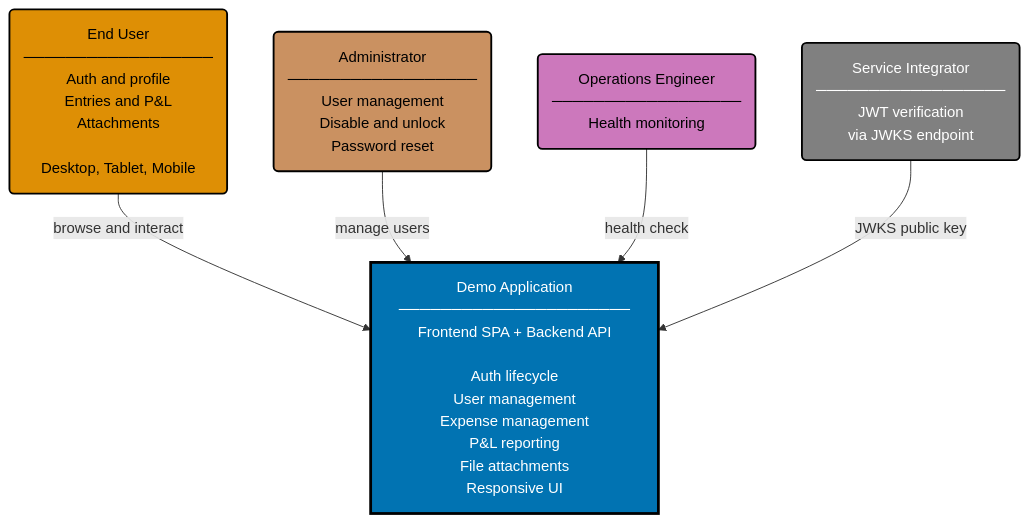
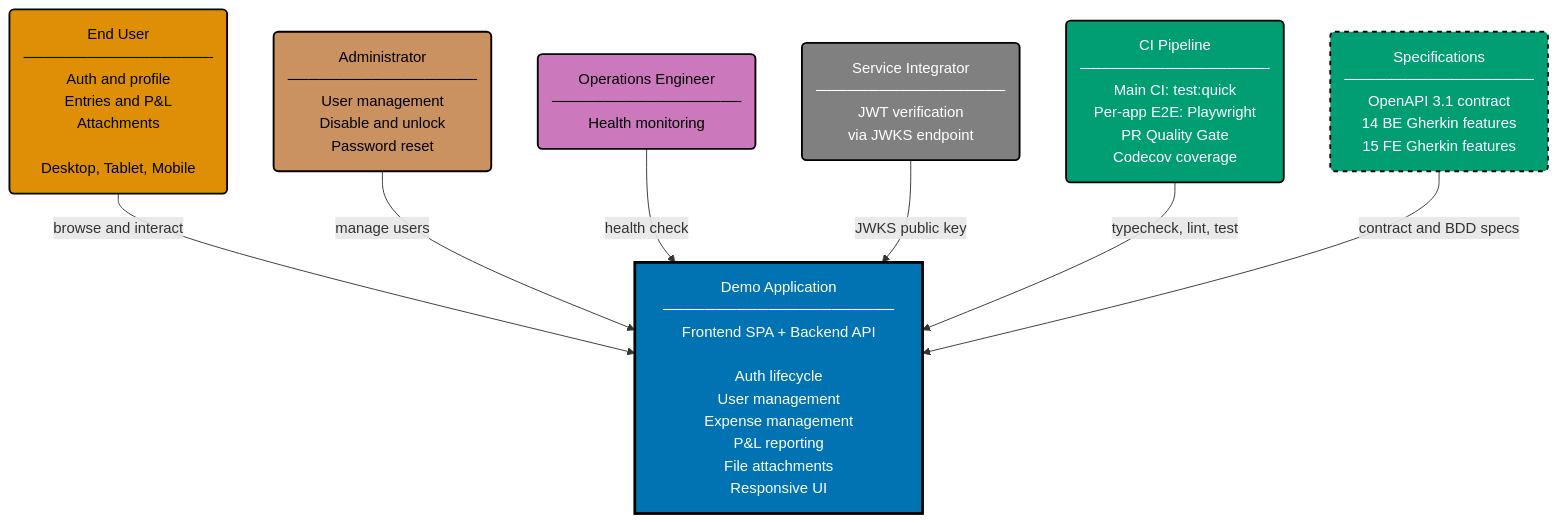
One commit to wahidyankf/open-sharia-enterprise changed the diagram in specs/apps/demo/c4/context.md. Above: the diagram before and after it, drawn with Mermaid. The commit also changed other lines of this file and 4 other files, not shown here.

First line of the commit message:
docs(demo-c4): update C4 diagrams with implementations, CI, contracts, and Gherkin coverage

````diff
--- a/specs/apps/demo/c4/context.md
+++ b/specs/apps/demo/c4/context.md
@@ -7,24 +10,32 @@
 ```mermaid
 %% Color Palette: Blue #0173B2 | Orange #DE8F05 | Teal #029E73 | Purple #CC78BC | Brown #CA9161 | Gray #808080
 graph TD
     EU("End User<br/>──────────────────<br/>Auth and profile<br/>Entries and P&L<br/>Attachments<br/><br/>Desktop, Tablet, Mobile"):::actor
 
     ADM("Administrator<br/>──────────────────<br/>User management<br/>Disable and unlock<br/>Password reset"):::actor_admin
 
     OPS("Operations Engineer<br/>──────────────────<br/>Health monitoring"):::actor_ops
 
     SI("Service Integrator<br/>──────────────────<br/>JWT verification<br/>via JWKS endpoint"):::actor_si
 
     SYSTEM["Demo Application<br/>──────────────────────<br/>Frontend SPA + Backend API<br/><br/>Auth lifecycle<br/>User management<br/>Expense management<br/>P&L reporting<br/>File attachments<br/>Responsive UI"]:::system
 
+    CI("CI Pipeline<br/>──────────────────<br/>Main CI: test:quick<br/>Per-app E2E: Playwright<br/>PR Quality Gate<br/>Codecov coverage"):::ci
+
+    SPEC("Specifications<br/>──────────────────<br/>OpenAPI 3.1 contract<br/>14 BE Gherkin features<br/>15 FE Gherkin features"):::spec
+
     EU -->|"browse and interact"| SYSTEM
     ADM -->|"manage users"| SYSTEM
     OPS -->|"health check"| SYSTEM
     SI -->|"JWKS public key"| SYSTEM
+    CI -->|"typecheck, lint, test"| SYSTEM
+    SPEC -->|"contract and BDD specs"| SYSTEM
 
     classDef actor fill:#DE8F05,stroke:#000000,color:#000000,stroke-width:2px
     classDef actor_admin fill:#CA9161,stroke:#000000,color:#000000,stroke-width:2px
     classDef actor_ops fill:#CC78BC,stroke:#000000,color:#000000,stroke-width:2px
     classDef actor_si fill:#808080,stroke:#000000,color:#FFFFFF,stroke-width:2px
     classDef system fill:#0173B2,stroke:#000000,color:#FFFFFF,stroke-width:3px
+    classDef ci fill:#029E73,stroke:#000000,color:#FFFFFF,stroke-width:2px
+    classDef spec fill:#029E73,stroke:#000000,color:#FFFFFF,stroke-width:2px,stroke-dasharray:5 5
 ```
````
